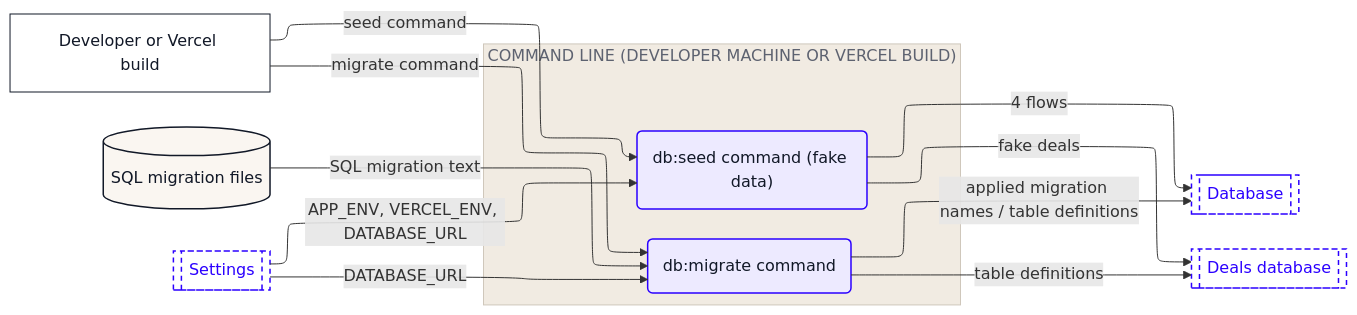
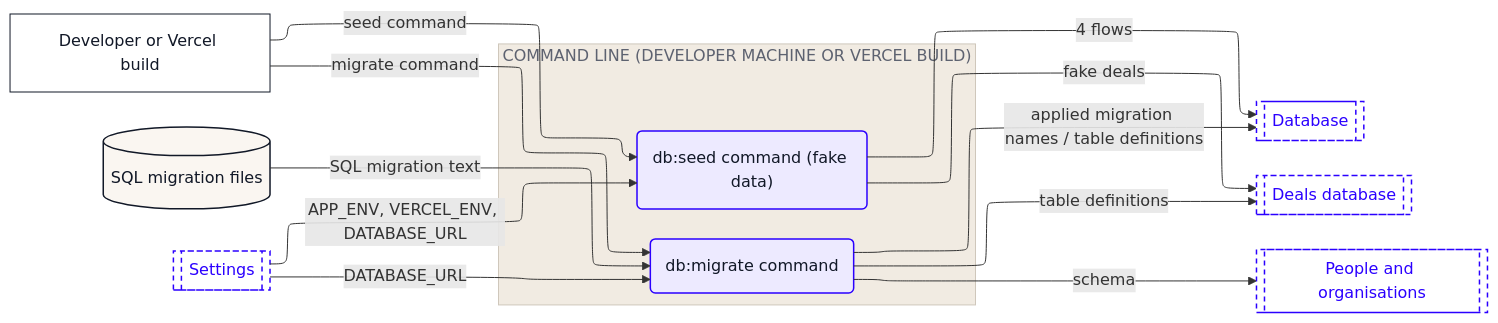
Before and after one commit to Romain-Perche/Barnacle-Pipe: the fourth of 10 diagrams in dataflow/DATAFLOW.md, drawn with Mermaid. The commit also changed other lines of this file and 13 other files, not shown here.

````diff
--- a/dataflow/DATAFLOW.md
+++ b/dataflow/DATAFLOW.md
@@ -204,36 +207,38 @@
 ```mermaid
 ---
 config:
   layout: elk
 ---
 flowchart LR
     n1["Developer or Vercel build"]
     n2[("SQL migration files")]
     subgraph z1["COMMAND LINE (DEVELOPER MACHINE OR VERCEL BUILD)"]
         n3("db:migrate command")
         n4("db:seed command (fake data)")
     end
     n5[["Database"]]
     n6[["Deals database"]]
-    n7[["Settings"]]
+    n7[["People and organisations"]]
+    n8[["Settings"]]
     n1 -->|"migrate command"| n3
     n1 -->|"seed command"| n4
-    n7 -->|"DATABASE_URL"| n3
-    n7 -->|"APP_ENV, VERCEL_ENV, DATABASE_URL"| n4
+    n8 -->|"DATABASE_URL"| n3
+    n8 -->|"APP_ENV, VERCEL_ENV, DATABASE_URL"| n4
     n3 -->|"table definitions"| n6
+    n3 -->|"schema"| n7
     n3 -->|"applied migration names / table definitions"| n5
     n2 -->|"SQL migration text"| n3
     n4 -->|"fake deals"| n6
     n4 -->|"4 flows"| n5
     classDef actor fill:#FFFFFF,stroke:#111827,stroke-width:1px,color:#111827
     classDef process fill:#EDEAFF,stroke:#2B00FF,stroke-width:1.5px,color:#111827
     classDef store fill:#FAF6F1,stroke:#111827,stroke-width:1.5px,color:#111827
     classDef zone fill:#1A1A1A,stroke:#1A1A1A,color:#FFFFFF
     classDef group fill:#2B00FF,stroke:#2B00FF,color:#FFFFFF
     classDef stub fill:#FFFFFF,stroke:#2B00FF,stroke-width:1.5px,stroke-dasharray:5 4,color:#2B00FF
     class n1 actor
     class n3,n4 process
     class n2 store
-    class n5,n6,n7 stub
+    class n5,n6,n7,n8 stub
     style z1 fill:#F1EBE2,stroke:#CFC7BB,color:#5D6270
 ```
````
